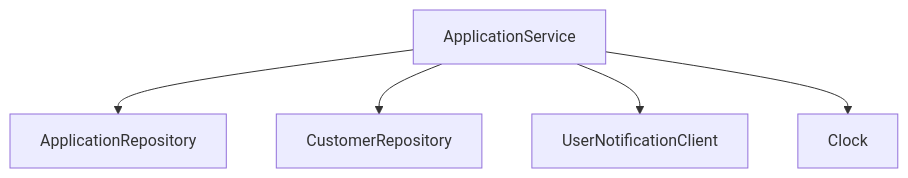
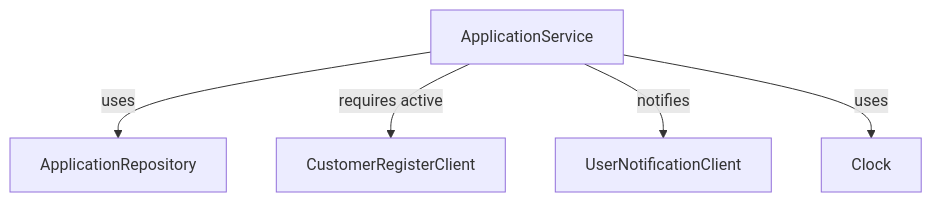
One commit to anderssv/the-example changed the first of 2 diagrams in doc/workshop/README.md. Above: the diagram before and after it, drawn with Mermaid.

Commit message:
Updated diagrams

````diff
--- a/doc/workshop/README.md
+++ b/doc/workshop/README.md
@@ -28,15 +28,15 @@
 ```mermaid
 
 graph TD
     AS[ApplicationService]
     AR[ApplicationRepository]
-    CR[CustomerRepository]
+    CR[CustomerRegisterClient]
     UN[UserNotificationClient]
     CL[Clock]
 
-    AS --> AR
-    AS --> CR
-    AS --> UN
-    AS --> CL
+    AS -->|uses| AR
+    AS -->|requires active| CR
+    AS -->|notifies| UN
+    AS -->|uses| CL
 
 ```
````
